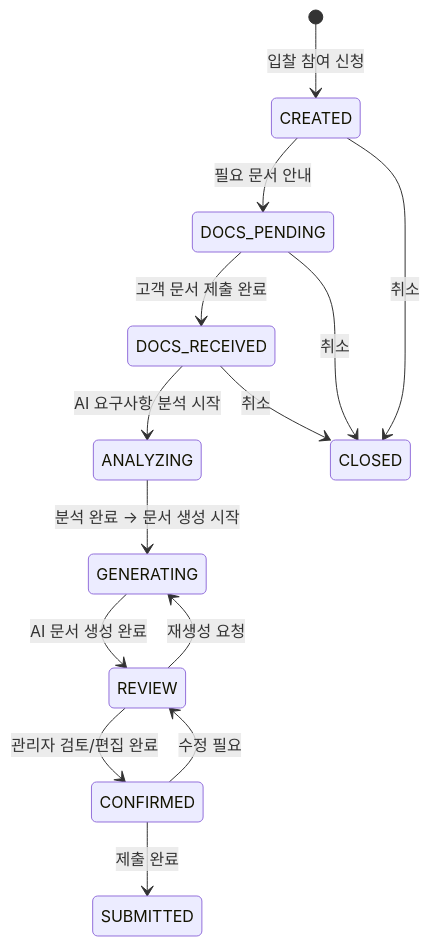
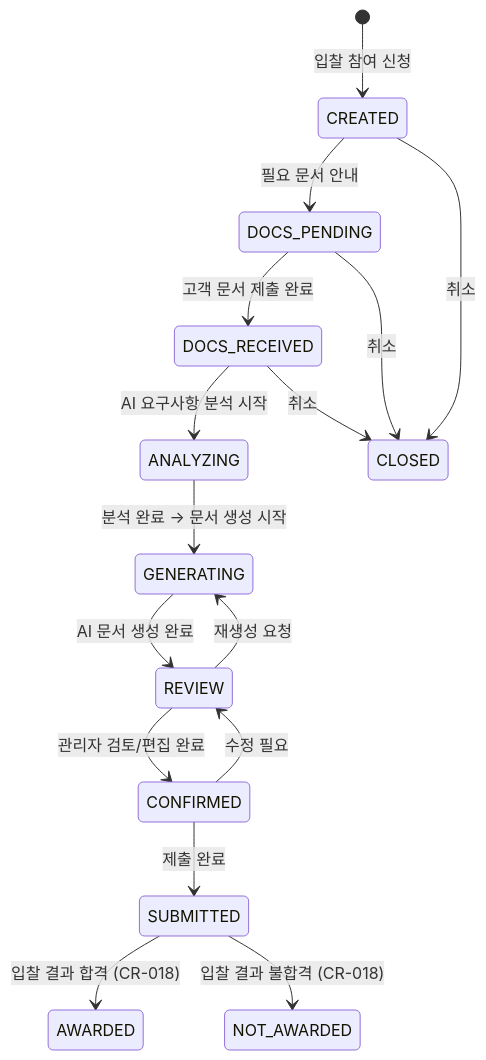
The third of 4 diagrams in docs/T1-5_FSM_상태_정의.md (johnnykim7/wjbid), drawn with Mermaid before and after one commit. The commit also changed other lines of this file and 12 other files, not shown here.

````diff
--- a/docs/T1-5_FSM_상태_정의.md
+++ b/docs/T1-5_FSM_상태_정의.md
@@ -86,17 +86,19 @@
 ```mermaid
 stateDiagram-v2
     [*] --> CREATED : 입찰 참여 신청
     CREATED --> DOCS_PENDING : 필요 문서 안내
     DOCS_PENDING --> DOCS_RECEIVED : 고객 문서 제출 완료
     DOCS_RECEIVED --> ANALYZING : AI 요구사항 분석 시작
     ANALYZING --> GENERATING : 분석 완료 → 문서 생성 시작
     GENERATING --> REVIEW : AI 문서 생성 완료
     REVIEW --> CONFIRMED : 관리자 검토/편집 완료
     CONFIRMED --> SUBMITTED : 제출 완료
+    SUBMITTED --> AWARDED : 입찰 결과 합격 (CR-018)
+    SUBMITTED --> NOT_AWARDED : 입찰 결과 불합격 (CR-018)
 
     CREATED --> CLOSED : 취소
     DOCS_PENDING --> CLOSED : 취소
     DOCS_RECEIVED --> CLOSED : 취소
     REVIEW --> GENERATING : 재생성 요청
     CONFIRMED --> REVIEW : 수정 필요
 ```
````
